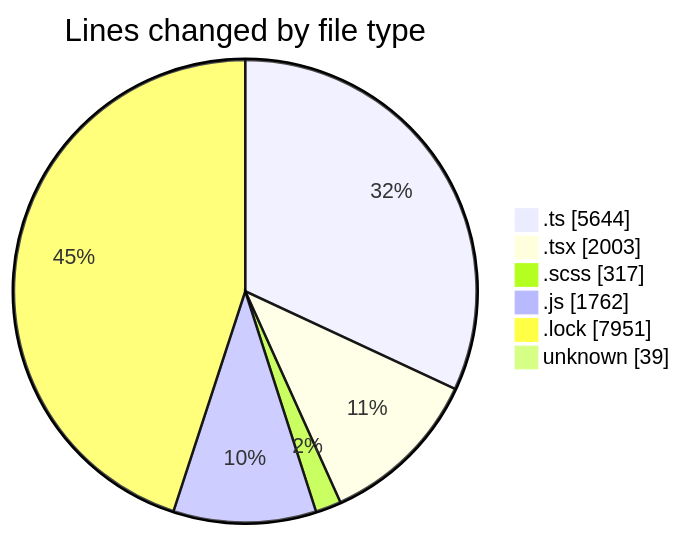
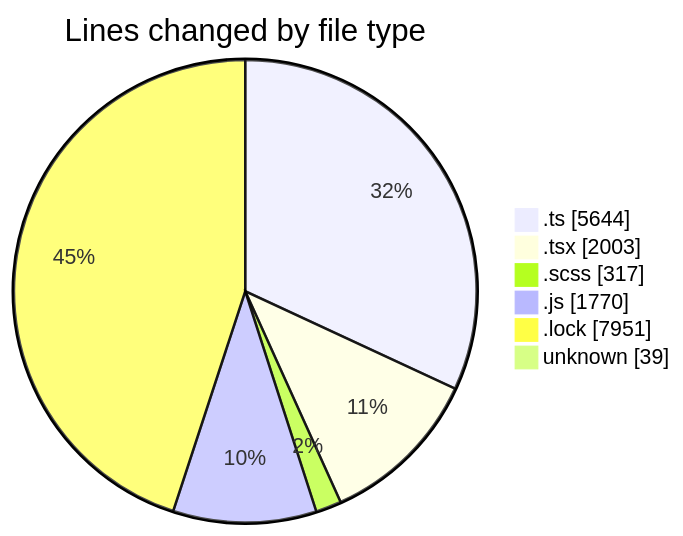
Before and after one commit to momahboobian/code-tracking: the first of 2 diagrams in 2025-03-21/cda/README.md, drawn with Mermaid. The commit also changed other lines of this file and 1 other file, not shown here.

````diff
--- a/2025-03-21/cda/README.md
+++ b/2025-03-21/cda/README.md
@@ -42,10 +42,10 @@
 ```mermaid
 pie showData
 title Lines changed by file type
 ".ts" : 5644
 ".tsx" : 2003
 ".scss" : 317
-".js" : 1762
+".js" : 1770
 ".lock" : 7951
 "unknown" : 39
 ```
````
